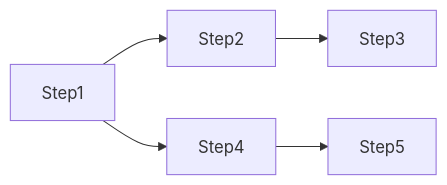
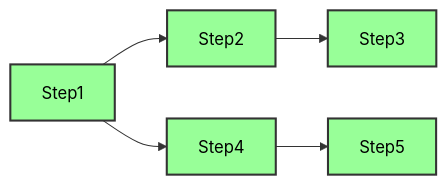
The second of 2 diagrams in docs/Context.cn.md (Bilibotter/light-flow), drawn with Mermaid before and after one commit. The commit also changed other lines of this file and 10 other files, not shown here.

````diff
--- a/docs/Context.cn.md
+++ b/docs/Context.cn.md
@@ -51,7 +55,9 @@
 ```mermaid
+%%{init: {'theme': 'neutral', 'themeVariables': { 'primaryColor': '#333', 'lineColor': '#333', 'textColor': 'black' } } }%%
 graph LR
    Step1 --> Step2
    Step2 --> Step3
    Step1 --> Step4
    Step4 --> Step5
+classDef default fill:#98FF98,stroke:#333,stroke-width:2px;
 ```
````
